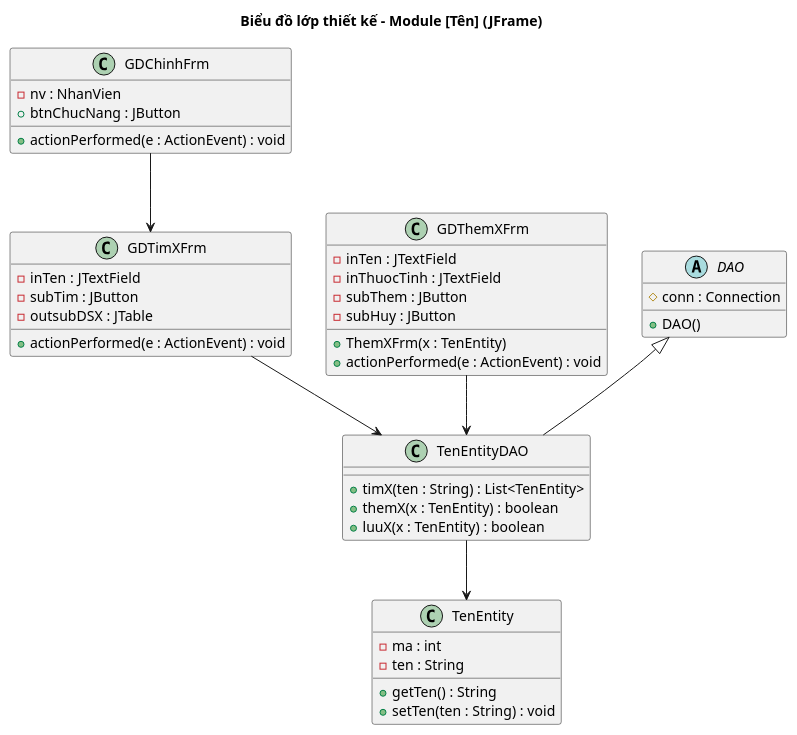
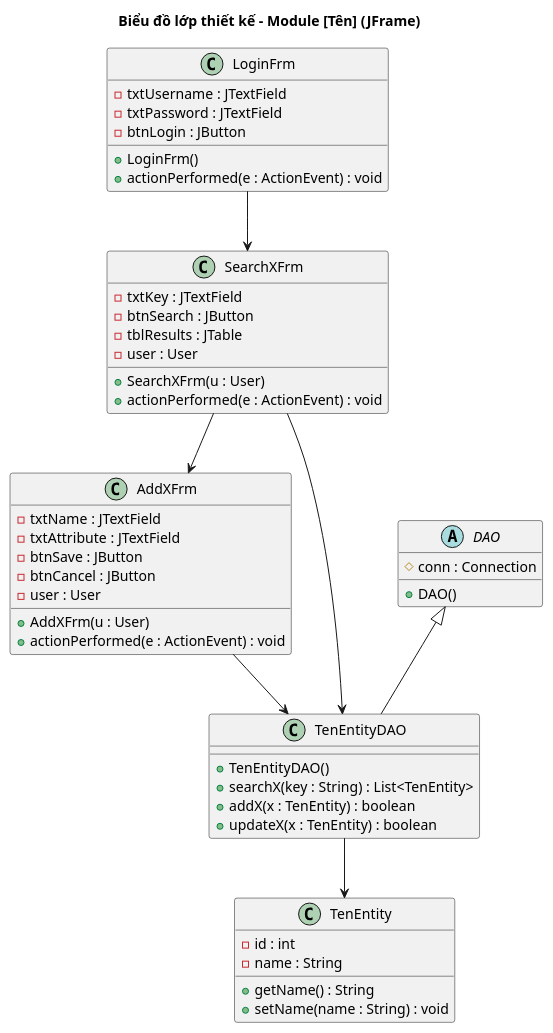
Before and after one commit to thanhtrnnn/cnpm: the first of 2 diagrams in .claude/skills/cnpm/references/iii.3.2_sodo_lop_thietke.md, drawn with PlantUML. The commit also changed other lines of this file and 5 other files, not shown here.

````diff
--- a/.claude/skills/cnpm/references/iii.3.2_sodo_lop_thietke.md
+++ b/.claude/skills/cnpm/references/iii.3.2_sodo_lop_thietke.md
@@ -79,51 +92,58 @@
 ```plantuml
 @startuml
 title Biểu đồ lớp thiết kế – Module [Tên] (JFrame)
 
-class GDChinhFrm {
-  -nv : NhanVien
-  +btnChucNang : JButton
+class LoginFrm {
+  -txtUsername : JTextField
+  -txtPassword : JTextField
+  -btnLogin : JButton
+  +LoginFrm()
   +actionPerformed(e : ActionEvent) : void
 }
 
-class GDTimXFrm {
-  -inTen : JTextField
-  -subTim : JButton
-  -outsubDSX : JTable
+class SearchXFrm {
+  -txtKey : JTextField
+  -btnSearch : JButton
+  -tblResults : JTable
+  -user : User
+  +SearchXFrm(u : User)
   +actionPerformed(e : ActionEvent) : void
 }
 
-class GDThemXFrm {
-  -inTen : JTextField
-  -inThuocTinh : JTextField
-  -subThem : JButton
-  -subHuy : JButton
-  +ThemXFrm(x : TenEntity)
+class AddXFrm {
+  -txtName : JTextField
+  -txtAttribute : JTextField
+  -btnSave : JButton
+  -btnCancel : JButton
+  -user : User
+  +AddXFrm(u : User)
   +actionPerformed(e : ActionEvent) : void
 }
 
 abstract class DAO {
   #conn : Connection
   +DAO()
 }
 
 class TenEntityDAO {
-  +timX(ten : String) : List<TenEntity>
-  +themX(x : TenEntity) : boolean
-  +luuX(x : TenEntity) : boolean
+  +TenEntityDAO()
+  +searchX(key : String) : List<TenEntity>
+  +addX(x : TenEntity) : boolean
+  +updateX(x : TenEntity) : boolean
 }
 
 class TenEntity {
-  -ma : int
-  -ten : String
-  +getTen() : String
-  +setTen(ten : String) : void
+  -id : int
+  -name : String
+  +getName() : String
+  +setName(name : String) : void
 }
 
 DAO <|-- TenEntityDAO
 TenEntityDAO --> TenEntity
-GDChinhFrm --> GDTimXFrm
-GDTimXFrm --> TenEntityDAO
-GDThemXFrm --> TenEntityDAO
+LoginFrm --> SearchXFrm
+SearchXFrm --> AddXFrm
+SearchXFrm --> TenEntityDAO
+AddXFrm --> TenEntityDAO
 @enduml
 ```
````
